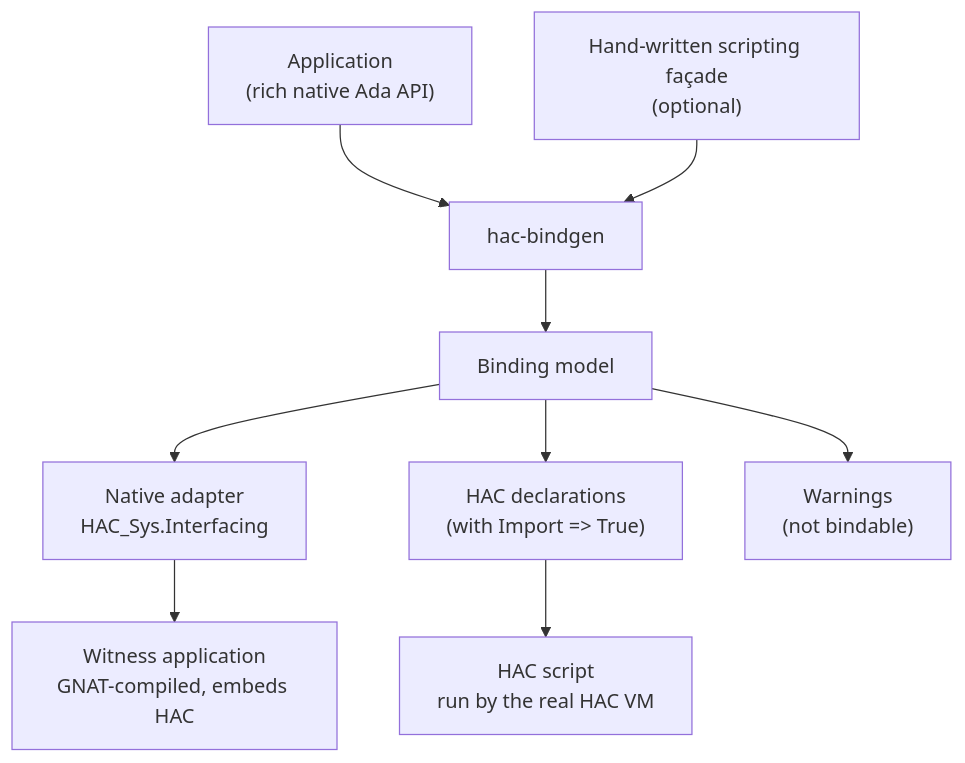
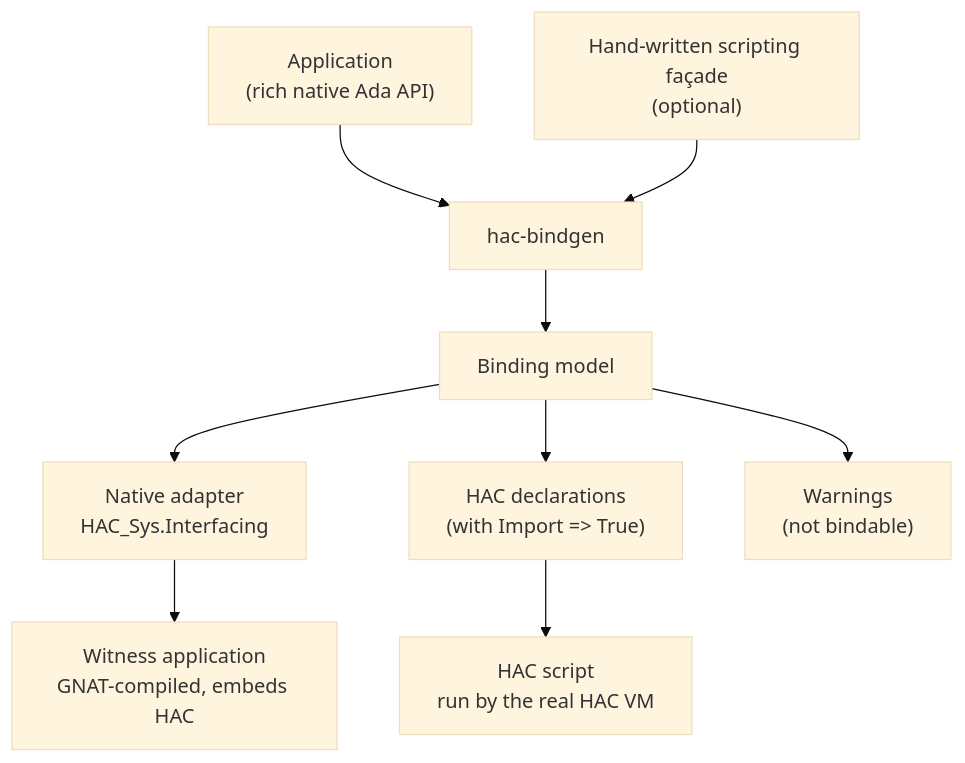
The diagram in docs/manifesto.md (LionelDraghi/hac_bindgen), drawn with Mermaid before and after one commit. The commit also changed 1 other file, not shown here.

Commit message:
Propose A002: facade generation for the scalar profile
The proposal specifies the generated file set (HAC-side package under
the API name, native adapter as a sibling), the callback layout from
the M2 evidence, the end-to-end harness bridged by a one-line package
renames, and the seven planned scenarios. Mermaid diagrams now use the
base theme everywhere.

Generated by Mistral Vibe.

````diff
--- a/docs/manifesto.md
+++ b/docs/manifesto.md
@@ -118,11 +118,15 @@
 ```mermaid
+---
+config:
+  theme: base
+---
 flowchart TB
     APP["Application<br/>(rich native Ada API)"] --> BINDGEN["hac-bindgen"]
     FACADE["Hand-written scripting façade<br/>(optional)"] --> BINDGEN
     BINDGEN --> MODEL["Binding model"]
     MODEL --> ADAPTER["Native adapter<br/>HAC_Sys.Interfacing"]
     MODEL --> DECLS["HAC declarations<br/>(with Import => True)"]
     MODEL --> WARNINGS["Warnings<br/>(not bindable)"]
     ADAPTER --> WITNESS["Witness application<br/>GNAT-compiled, embeds HAC"]
     DECLS --> SCRIPT["HAC script<br/>run by the real HAC VM"]
 ```
````
